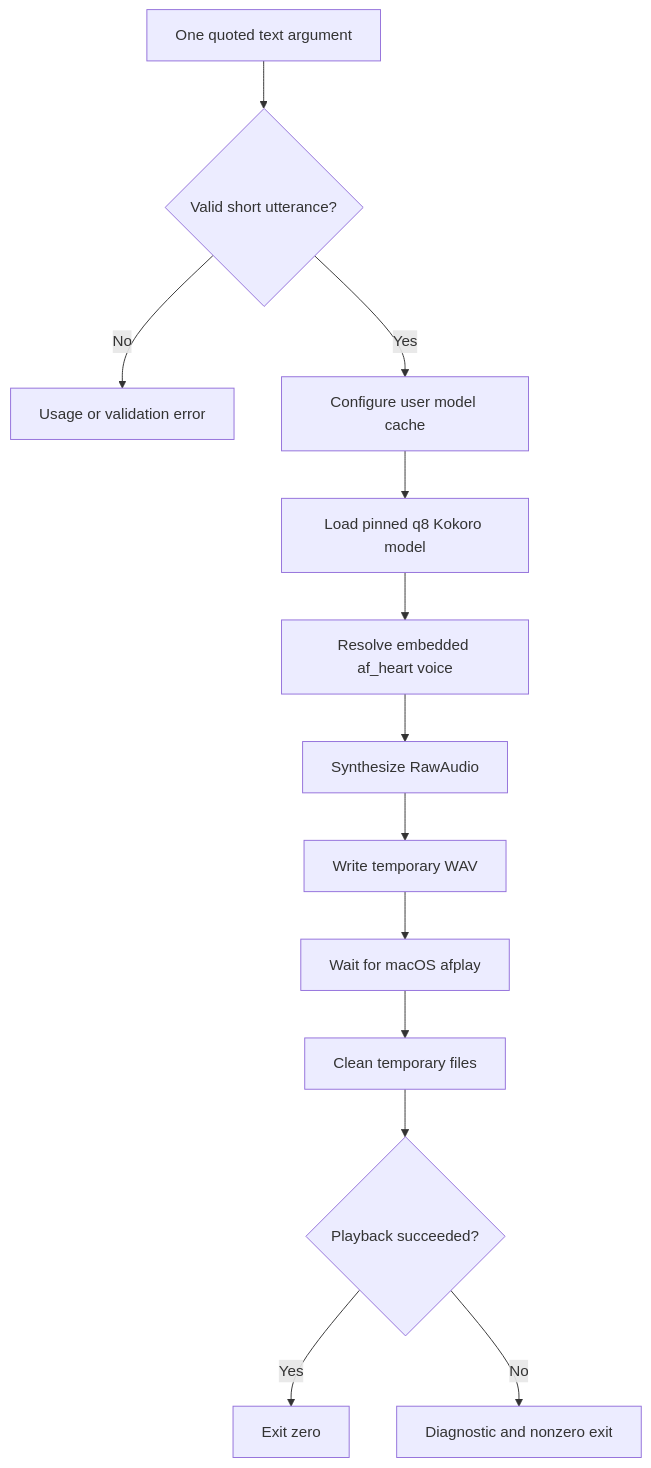
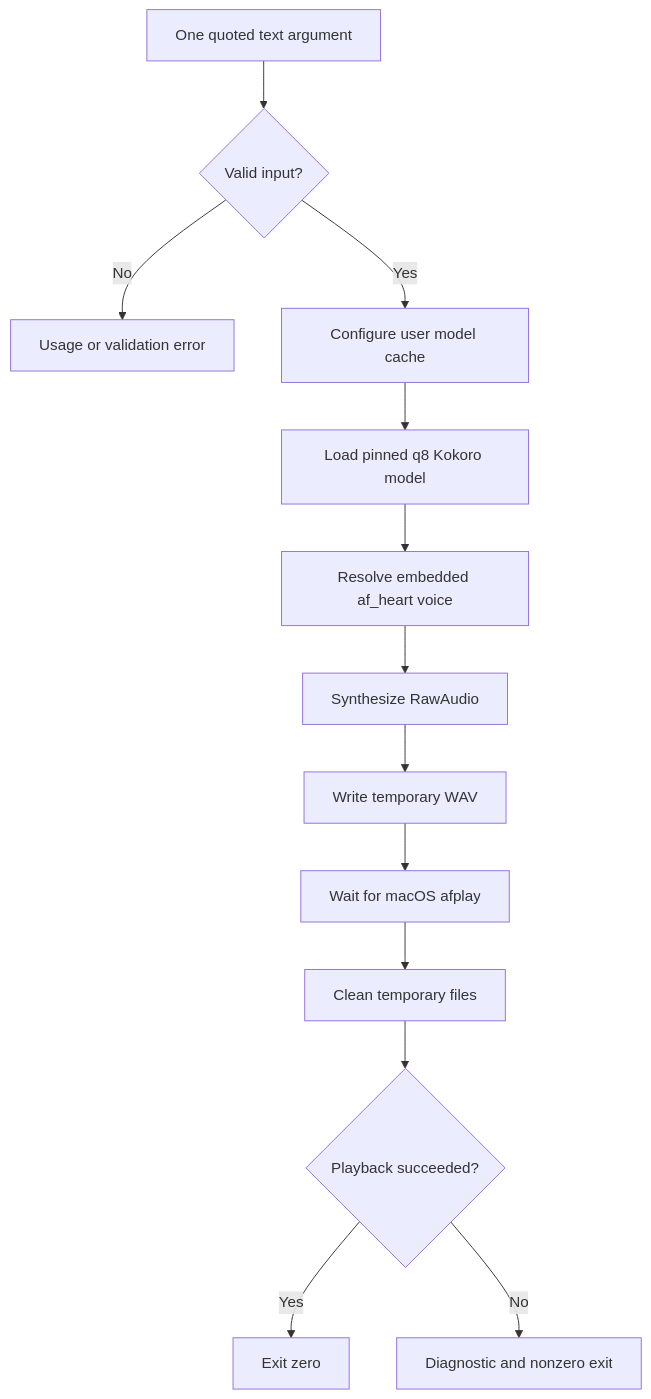
The first of 2 diagrams in docs/plans/2026-08-08-001-feat-kokoro-tts-cli-plan.md (swartzrock/llm-now-kokoro), drawn with Mermaid before and after one commit. The commit also changed other lines of this file, not shown here.

````diff
--- a/docs/plans/2026-08-08-001-feat-kokoro-tts-cli-plan.md
+++ b/docs/plans/2026-08-08-001-feat-kokoro-tts-cli-plan.md
@@ -136,15 +135,15 @@
 ```mermaid
 flowchart TB
-  A["One quoted text argument"] --> B{"Valid short utterance?"}
+  A["One quoted text argument"] --> B{"Valid input?"}
   B -->|"No"| C["Usage or validation error"]
   B -->|"Yes"| D["Configure user model cache"]
   D --> E["Load pinned q8 Kokoro model"]
   E --> F["Resolve embedded af_heart voice"]
   F --> G["Synthesize RawAudio"]
   G --> H["Write temporary WAV"]
   H --> I["Wait for macOS afplay"]
   I --> J["Clean temporary files"]
   J --> K{"Playback succeeded?"}
   K -->|"Yes"| L["Exit zero"]
   K -->|"No"| M["Diagnostic and nonzero exit"]
 ```
````
